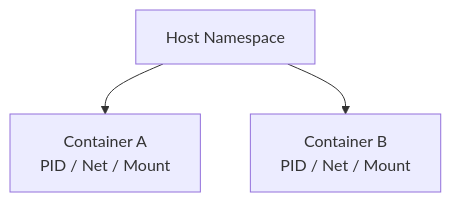
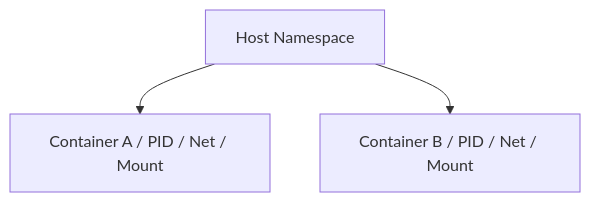
One commit to hareramcse/SystemDesign changed diagram 22 of 47 in 11-cloud-and-kubernetes/README.md. Above: the diagram before and after it, drawn with Mermaid. The commit also changed other lines of this file and 14 other files, not shown here.

````diff
--- a/11-cloud-and-kubernetes/README.md
+++ b/11-cloud-and-kubernetes/README.md
@@ -1107,5 +1107,5 @@
 ```mermaid
 flowchart TB
-    Host[Host Namespace] --> NS1[Container A<br/>PID / Net / Mount]
-    Host --> NS2[Container B<br/>PID / Net / Mount]
+    Host[Host Namespace] --> NS1[Container A / PID / Net / Mount]
+    Host --> NS2[Container B / PID / Net / Mount]
 ```
````
